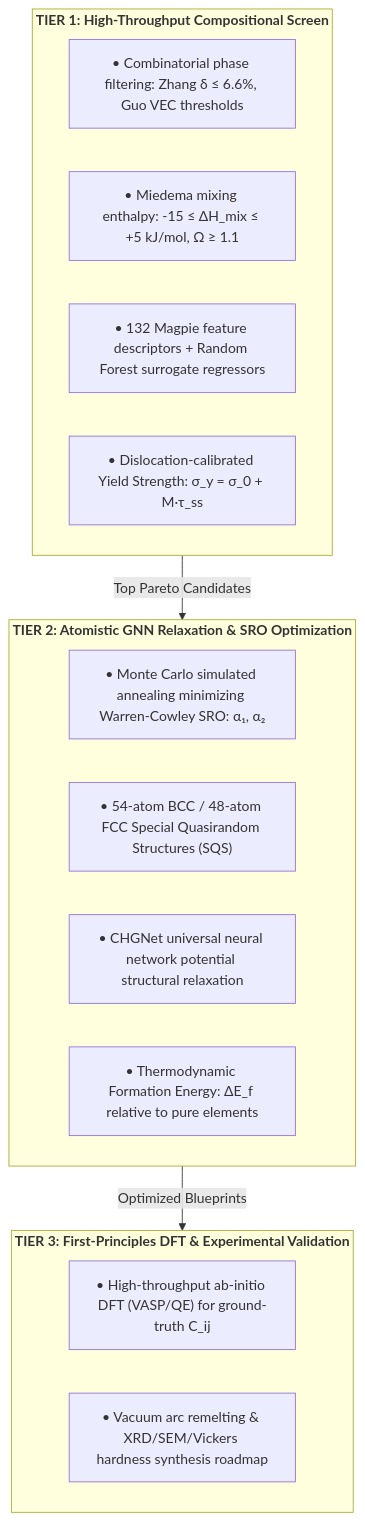
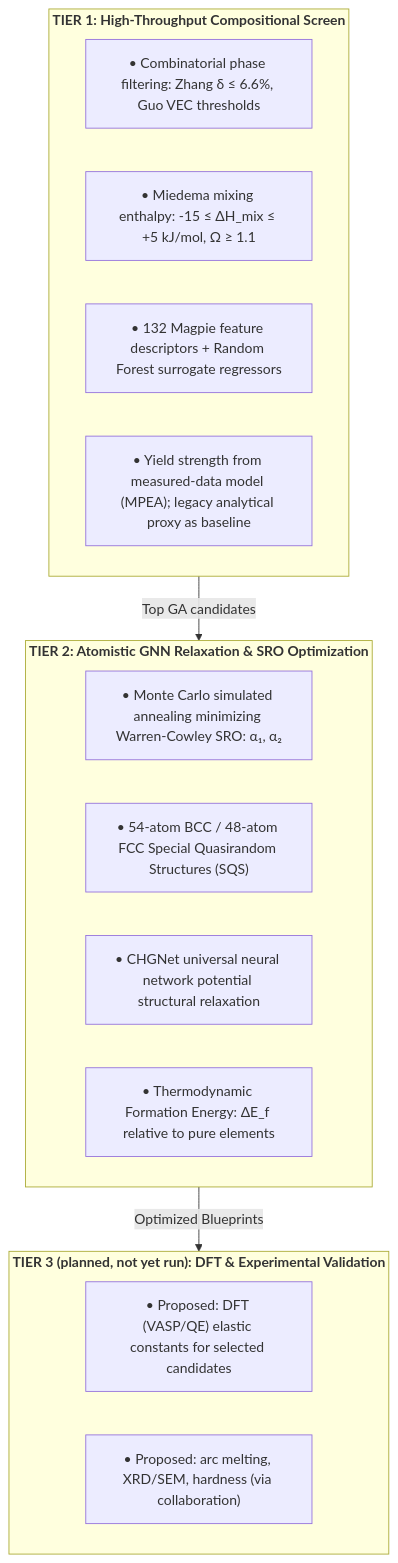
One commit to SA-FIND/High-Entropy-Alloy-Discovery changed the diagram in README.md. Above: the diagram before and after it, drawn with Mermaid. The commit also changed other lines of this file, not shown here.

Commit message:
README: remove overclaims (Tier 3 not run, proxy strength), fix reference titles, add Maresca-Curtin and MPEA refs

````diff
--- a/README.md
+++ b/README.md
@@ -36,24 +36,24 @@
 ```mermaid
 graph TD
     subgraph T1["<b>TIER 1: High-Throughput Compositional Screen</b>"]
         A1["• Combinatorial phase filtering: Zhang δ ≤ 6.6%, Guo VEC thresholds"]
         A2["• Miedema mixing enthalpy: -15 ≤ ΔH_mix ≤ +5 kJ/mol, Ω ≥ 1.1"]
         A3["• 132 Magpie feature descriptors + Random Forest surrogate regressors"]
-        A4["• Dislocation-calibrated Yield Strength: σ_y = σ_0 + M·τ_ss"]
+        A4["• Yield strength from measured-data model (MPEA); legacy analytical proxy as baseline"]
     end
 
     subgraph T2["<b>TIER 2: Atomistic GNN Relaxation & SRO Optimization</b>"]
         B1["• Monte Carlo simulated annealing minimizing Warren-Cowley SRO: α₁, α₂"]
         B2["• 54-atom BCC / 48-atom FCC Special Quasirandom Structures (SQS)"]
         B3["• CHGNet universal neural network potential structural relaxation"]
         B4["• Thermodynamic Formation Energy: ΔE_f relative to pure elements"]
     end
 
-    subgraph T3["<b>TIER 3: First-Principles DFT & Experimental Validation</b>"]
-        C1["• High-throughput ab-initio DFT (VASP/QE) for ground-truth C_ij"]
-        C2["• Vacuum arc remelting & XRD/SEM/Vickers hardness synthesis roadmap"]
+    subgraph T3["<b>TIER 3 (planned, not yet run): DFT & Experimental Validation</b>"]
+        C1["• Proposed: DFT (VASP/QE) elastic constants for selected candidates"]
+        C2["• Proposed: arc melting, XRD/SEM, hardness (via collaboration)"]
     end
 
-    T1 -->|Top Pareto Candidates| T2
+    T1 -->|Top GA candidates| T2
     T2 -->|Optimized Blueprints| T3
 ```
````
